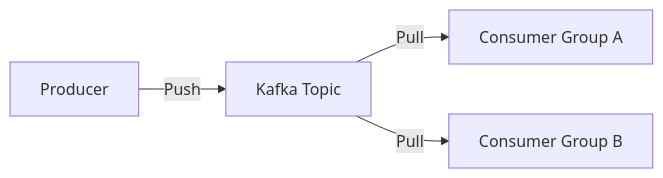
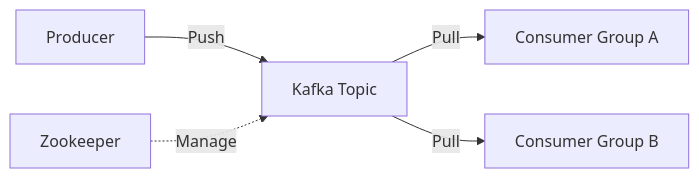
One commit to perng/ai-cert changed the diagram in subjects/m3/chapter2.qmd. Above: the diagram before and after it, drawn with Mermaid. The commit also changed other lines of this file and 26 other files, not shown here.

````diff
--- a/subjects/m3/chapter2.qmd
+++ b/subjects/m3/chapter2.qmd
@@ -21,6 +33,7 @@
 ```{mermaid}
 graph LR
     Producer[Producer] -->|Push| Topic[Kafka Topic]
     Topic -->|Pull| ConsumerA[Consumer Group A]
     Topic -->|Pull| ConsumerB[Consumer Group B]
+    Zookeeper[Zookeeper] -.->|Manage| Topic
 ```
````
